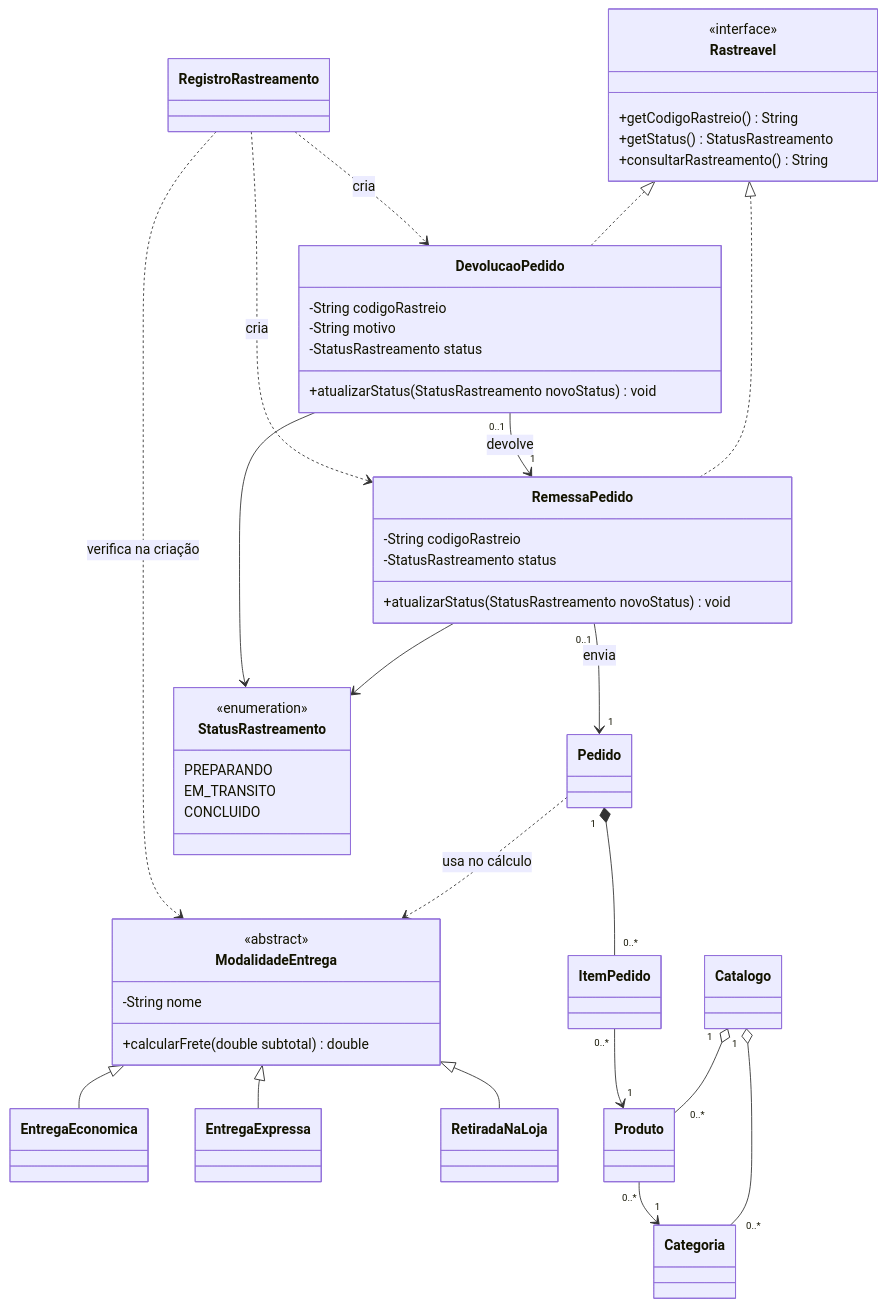
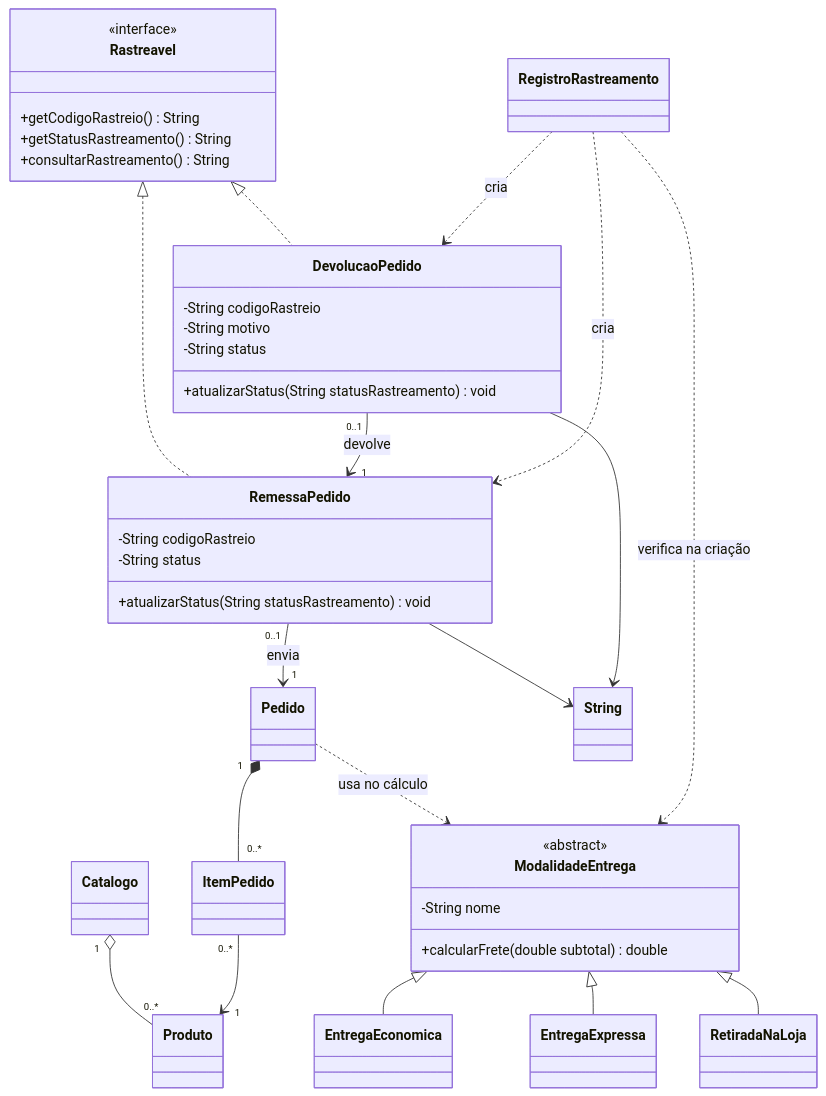
Before and after one commit to codigos-prof-giliard/fatec-poo-2026-02: the diagram in a06-trabalho/README.md, drawn with Mermaid. The commit also changed other lines of this file and 2 other files, not shown here.

````diff
--- a/a06-trabalho/README.md
+++ b/a06-trabalho/README.md
@@ -44,49 +43,41 @@
 ```mermaid
 classDiagram
     class ModalidadeEntrega {
         <<abstract>>
         -String nome
         +calcularFrete(double subtotal) double
     }
     ModalidadeEntrega <|-- EntregaEconomica
     ModalidadeEntrega <|-- EntregaExpressa
     ModalidadeEntrega <|-- RetiradaNaLoja
-    Catalogo "1" o-- "0..*" Categoria
     Catalogo "1" o-- "0..*" Produto
-    Produto "0..*" --> "1" Categoria
     Pedido "1" *-- "0..*" ItemPedido
     ItemPedido "0..*" --> "1" Produto
     Pedido ..> ModalidadeEntrega : usa no cálculo
     class Rastreavel {
         <<interface>>
         +getCodigoRastreio() String
-        +getStatus() StatusRastreamento
+        +getStatusRastreamento() String
         +consultarRastreamento() String
-    }
-    class StatusRastreamento {
-        <<enumeration>>
-        PREPARANDO
-        EM_TRANSITO
-        CONCLUIDO
     }
     class RemessaPedido {
         -String codigoRastreio
-        -StatusRastreamento status
-        +atualizarStatus(StatusRastreamento novoStatus) void
+        -String status
+        +atualizarStatus(String statusRastreamento) void
     }
     class DevolucaoPedido {
         -String codigoRastreio
         -String motivo
-        -StatusRastreamento status
-        +atualizarStatus(StatusRastreamento novoStatus) void
+        -String status
+        +atualizarStatus(String statusRastreamento) void
     }
     Rastreavel <|.. RemessaPedido
     Rastreavel <|.. DevolucaoPedido
     RemessaPedido "0..1" --> "1" Pedido : envia
     DevolucaoPedido "0..1" --> "1" RemessaPedido : devolve
-    RemessaPedido --> StatusRastreamento
-    DevolucaoPedido --> StatusRastreamento
+    RemessaPedido --> String
+    DevolucaoPedido --> String
     RegistroRastreamento ..> RemessaPedido : cria
     RegistroRastreamento ..> DevolucaoPedido : cria
     RegistroRastreamento ..> ModalidadeEntrega : verifica na criação
 ```
````
